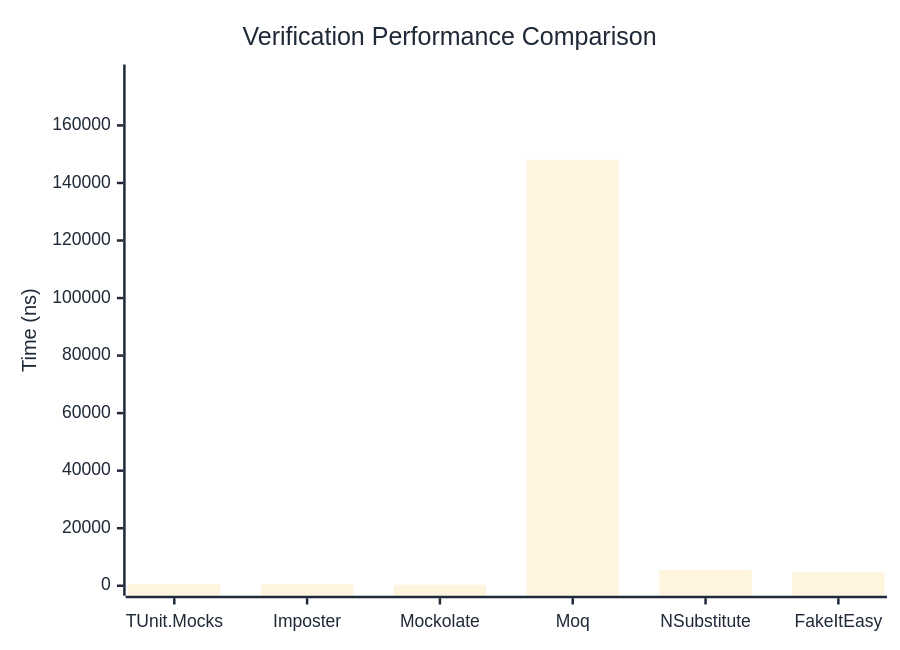
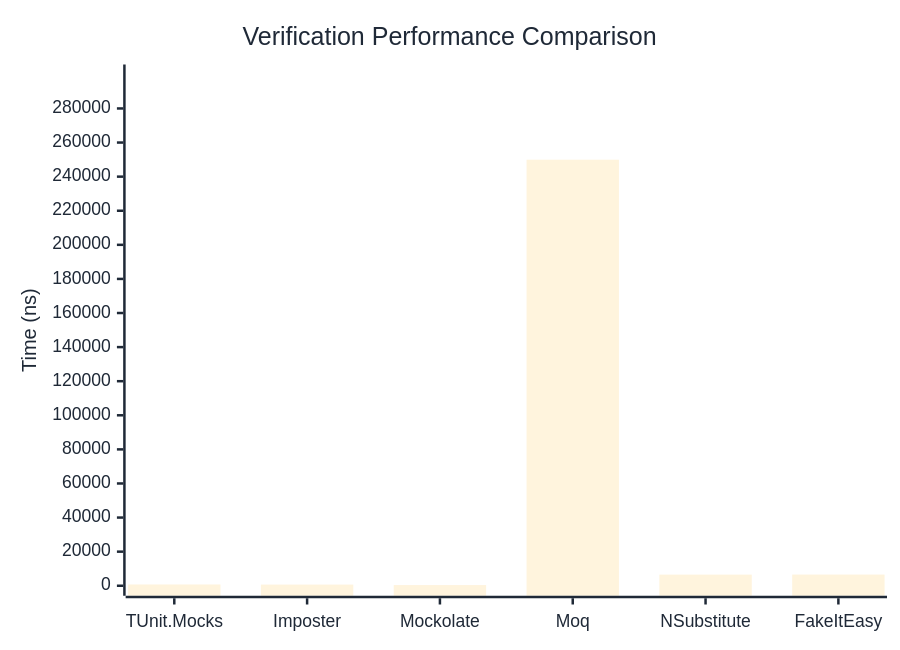
Before and after one commit to thomhurst/TUnit: the first of 3 diagrams in docs/docs/benchmarks/mocks/Verification.md, drawn with Mermaid. The commit also changed other lines of this file and 14 other files, not shown here.

````diff
--- a/docs/docs/benchmarks/mocks/Verification.md
+++ b/docs/docs/benchmarks/mocks/Verification.md
@@ -30,27 +30,27 @@
 ```mermaid
 %%{init: {
   'theme':'base',
   'themeVariables': {
     'primaryColor': '#2563eb',
     'primaryTextColor': '#1f2937',
     'primaryBorderColor': '#1e40af',
     'lineColor': '#6b7280',
     'secondaryColor': '#7c3aed',
     'tertiaryColor': '#dc2626',
     'background': '#ffffff',
     'pie1': '#2563eb',
     'pie2': '#7c3aed',
     'pie3': '#dc2626',
     'pie4': '#f59e0b',
     'pie5': '#10b981',
     'pie6': '#06b6d4',
     'pie7': '#ec4899',
     'pie8': '#6366f1'
   }
 }}%%
 xychart-beta
   title "Verification Performance Comparison"
   x-axis ["TUnit.Mocks", "Imposter", "Mockolate", "Moq", "NSubstitute", "FakeItEasy"]
-  y-axis "Time (ns)" 0 --> 177701
-  bar [623.47, 571.24, 361.88, 148083.9, 5536.94, 4603.43]
+  y-axis "Time (ns)" 0 --> 299922
+  bar [747.85, 688.13, 391.02, 249934.43, 6537.3, 6559.09]
 ```
````
